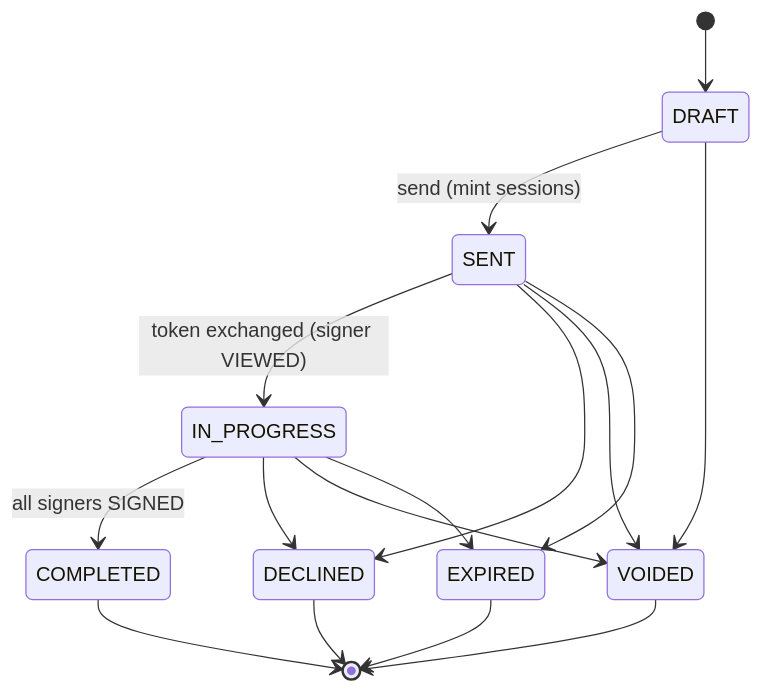
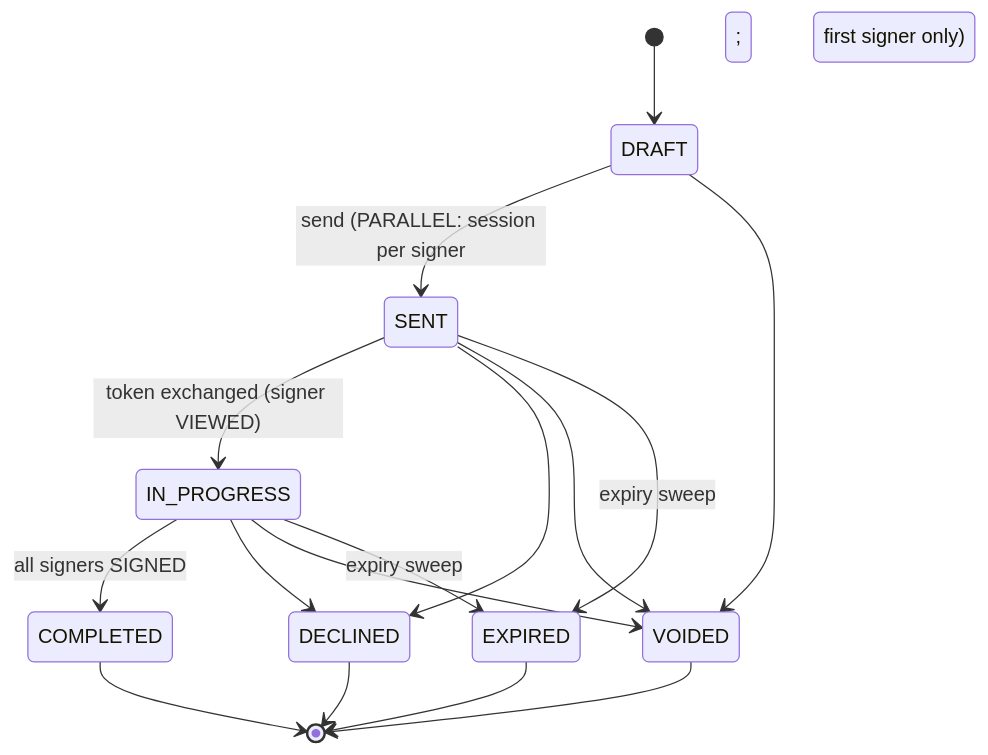
One commit to astreinc/aramo-platform changed the second of 5 diagrams in doc/recon/as-built/D10-documents-esignature.md. Above: the diagram before and after it, drawn with Mermaid. The commit also changed other lines of this file and 59 other files, not shown here.

````diff
--- a/doc/recon/as-built/D10-documents-esignature.md
+++ b/doc/recon/as-built/D10-documents-esignature.md
@@ -208,18 +351,18 @@
 ```mermaid
 stateDiagram-v2
   [*] --> DRAFT
-  DRAFT --> SENT: send (mint sessions)
+  DRAFT --> SENT: send (PARALLEL: session per signer; SEQUENTIAL: first signer only)
   DRAFT --> VOIDED
   SENT --> IN_PROGRESS: token exchanged (signer VIEWED)
   SENT --> DECLINED
   SENT --> VOIDED
-  SENT --> EXPIRED
+  SENT --> EXPIRED: expiry sweep
   IN_PROGRESS --> COMPLETED: all signers SIGNED
   IN_PROGRESS --> DECLINED
   IN_PROGRESS --> VOIDED
-  IN_PROGRESS --> EXPIRED
+  IN_PROGRESS --> EXPIRED: expiry sweep
   COMPLETED --> [*]
   DECLINED --> [*]
   VOIDED --> [*]
   EXPIRED --> [*]
 ```
````
